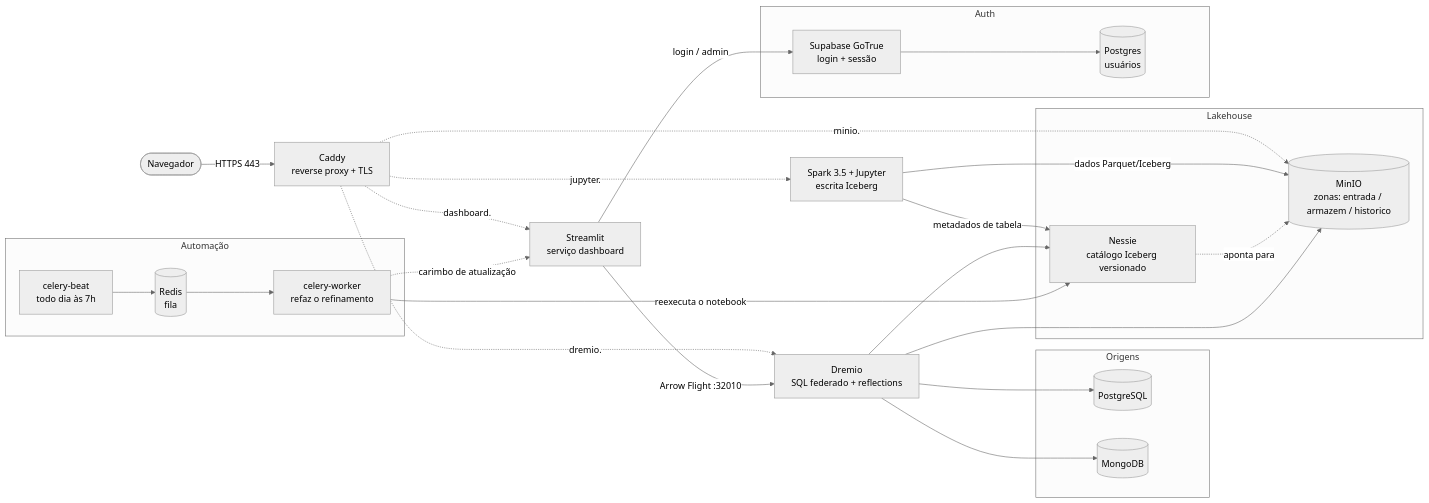
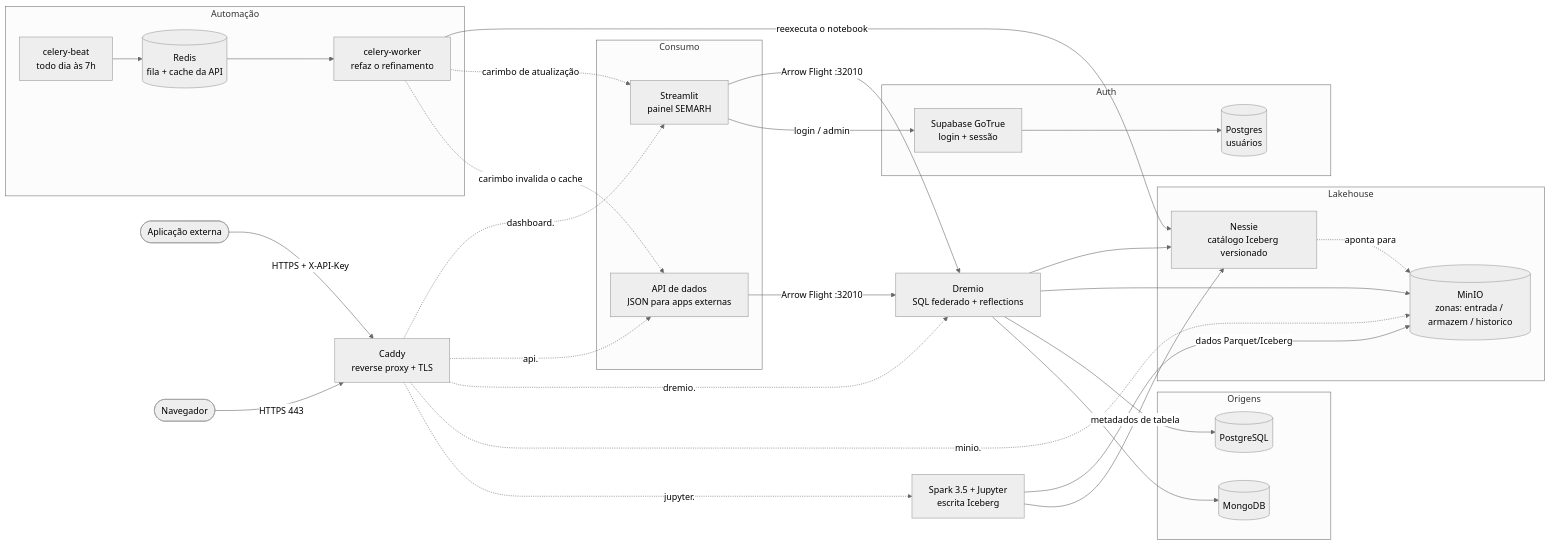
Before and after one commit to ramonabreu-data/lakehouse_v3: the diagram in readme.md, drawn with Mermaid (neutral theme). The commit also changed other lines of this file and 2 other files, not shown here.

````diff
--- a/readme.md
+++ b/readme.md
@@ -46,47 +46,57 @@
 ```mermaid
 flowchart LR
     subgraph Origens
         PG[(PostgreSQL)]
         MG[(MongoDB)]
     end
 
     subgraph Lakehouse
         MIO[(MinIO<br/>zonas: entrada / armazem / historico)]
         NES[Nessie<br/>catálogo Iceberg versionado]
     end
 
     SPK[Spark 3.5 + Jupyter<br/>escrita Iceberg]
     DRE[Dremio<br/>SQL federado + reflections]
-    STL[Streamlit<br/>serviço dashboard]
+
+    subgraph Consumo
+        STL[Streamlit<br/>painel SEMARH]
+        API[API de dados<br/>JSON para apps externas]
+    end
+
+    EXT([Aplicação externa])
 
     subgraph Auth
         GT[Supabase GoTrue<br/>login + sessão]
         SDB[(Postgres<br/>usuários)]
     end
 
     subgraph Automação
         BEAT[celery-beat<br/>todo dia às 7h]
         WRK[celery-worker<br/>refaz o refinamento]
-        RDS[(Redis<br/>fila)]
+        RDS[(Redis<br/>fila + cache da API)]
     end
 
     USR([Navegador]) -->|HTTPS 443| CAD[Caddy<br/>reverse proxy + TLS]
+    EXT -->|HTTPS + X-API-Key| CAD
     CAD -.->|dashboard.| STL
+    CAD -.->|api.| API
     CAD -.->|dremio.| DRE
     CAD -.->|minio.| MIO
     CAD -.->|jupyter.| SPK
 
     SPK -->|dados Parquet/Iceberg| MIO
     SPK -->|metadados de tabela| NES
     NES -.->|aponta para| MIO
     DRE --> NES
     DRE --> MIO
     DRE --> PG
     DRE --> MG
     STL -->|Arrow Flight :32010| DRE
+    API -->|Arrow Flight :32010| DRE
     STL -->|login / admin| GT
     GT --> SDB
     BEAT --> RDS --> WRK
     WRK -->|reexecuta o notebook| NES
     WRK -.->|carimbo de atualização| STL
+    WRK -.->|carimbo invalida o cache| API
 ```
````
